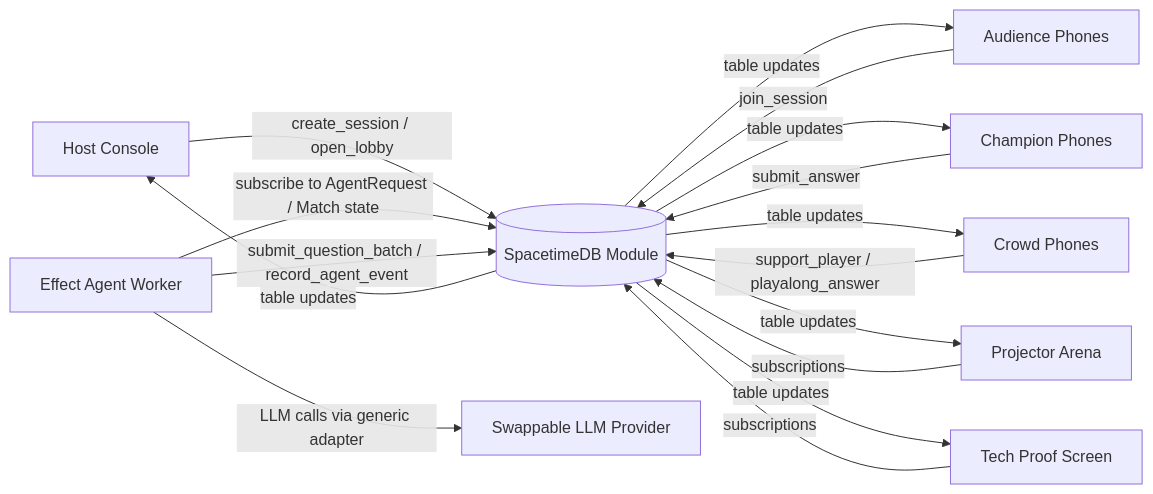
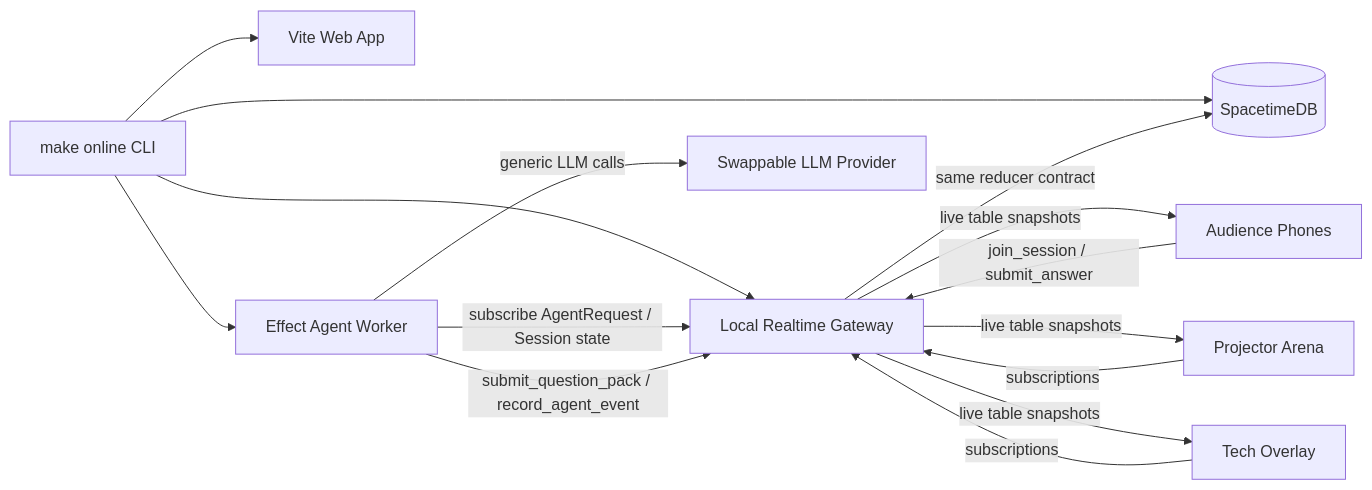
One commit to roshaninfordham/quizel changed the first of 4 diagrams in docs/architecture.md. Above: the diagram before and after it, drawn with Mermaid. The commit also changed other lines of this file and 76 other files, not shown here.

````diff
--- a/docs/architecture.md
+++ b/docs/architecture.md
@@ -13,20 +7,20 @@
 ```mermaid
 flowchart LR
-    Host[Host Console] -->|create_session / open_lobby| STDB[(SpacetimeDB Module)]
-    PhoneJoin[Audience Phones] -->|join_session| STDB
-    PlayerPhones[Champion Phones] -->|submit_answer| STDB
-    CrowdPhones[Crowd Phones] -->|support_player / playalong_answer| STDB
-    Projector[Projector Arena] -->|subscriptions| STDB
-    Tech[Tech Proof Screen] -->|subscriptions| STDB
+    Terminal[make online CLI] --> STDB[(SpacetimeDB)]
+    Terminal --> Web[Vite Web App]
+    Terminal --> Worker[Effect Agent Worker]
+    Terminal --> Gateway[Local Realtime Gateway]
 
-    STDB -->|table updates| Host
-    STDB -->|table updates| PhoneJoin
-    STDB -->|table updates| PlayerPhones
-    STDB -->|table updates| CrowdPhones
-    STDB -->|table updates| Projector
-    STDB -->|table updates| Tech
+    Phones[Audience Phones] -->|join_session / submit_answer| Gateway
+    Projector[Projector Arena] -->|subscriptions| Gateway
+    Tech[Tech Overlay] -->|subscriptions| Gateway
 
-    Worker[Effect Agent Worker] -->|subscribe to AgentRequest / Match state| STDB
-    Worker -->|LLM calls via generic adapter| LLM[Swappable LLM Provider]
-    Worker -->|submit_question_batch / record_agent_event| STDB
+    Gateway -->|same reducer contract| STDB
+    Worker -->|subscribe AgentRequest / Session state| Gateway
+    Worker -->|generic LLM calls| LLM[Swappable LLM Provider]
+    Worker -->|submit_question_pack / record_agent_event| Gateway
+
+    Gateway -->|live table snapshots| Phones
+    Gateway -->|live table snapshots| Projector
+    Gateway -->|live table snapshots| Tech
 ```
````
